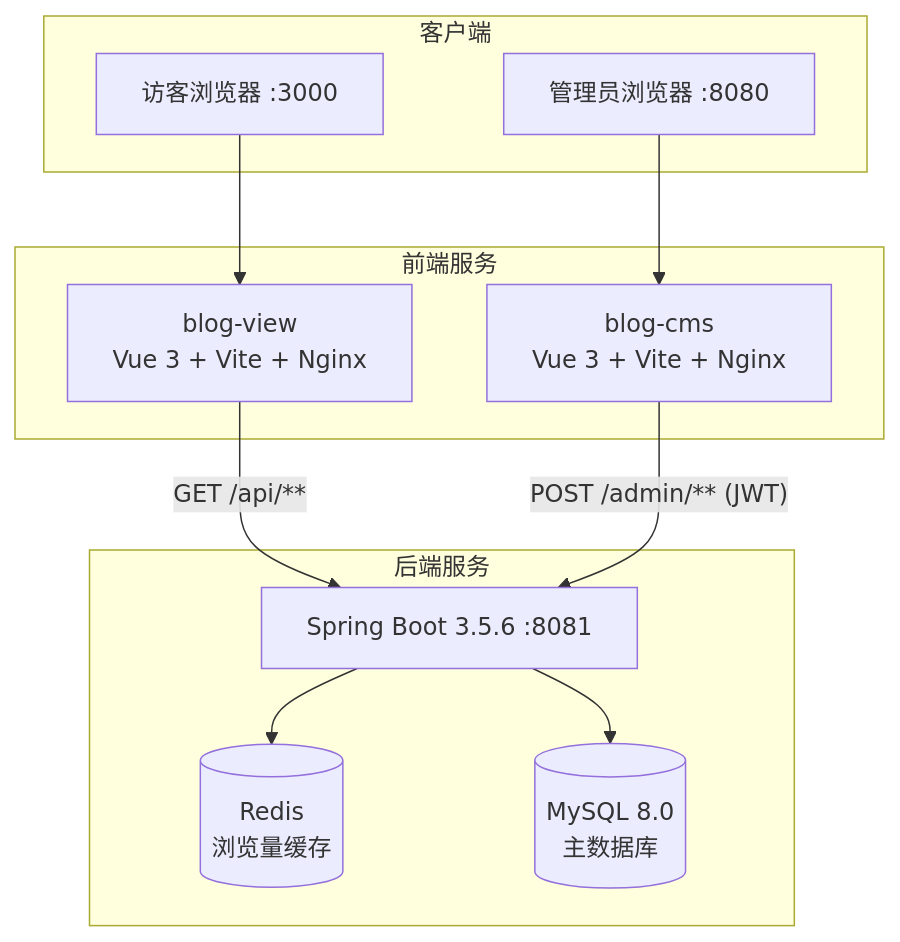
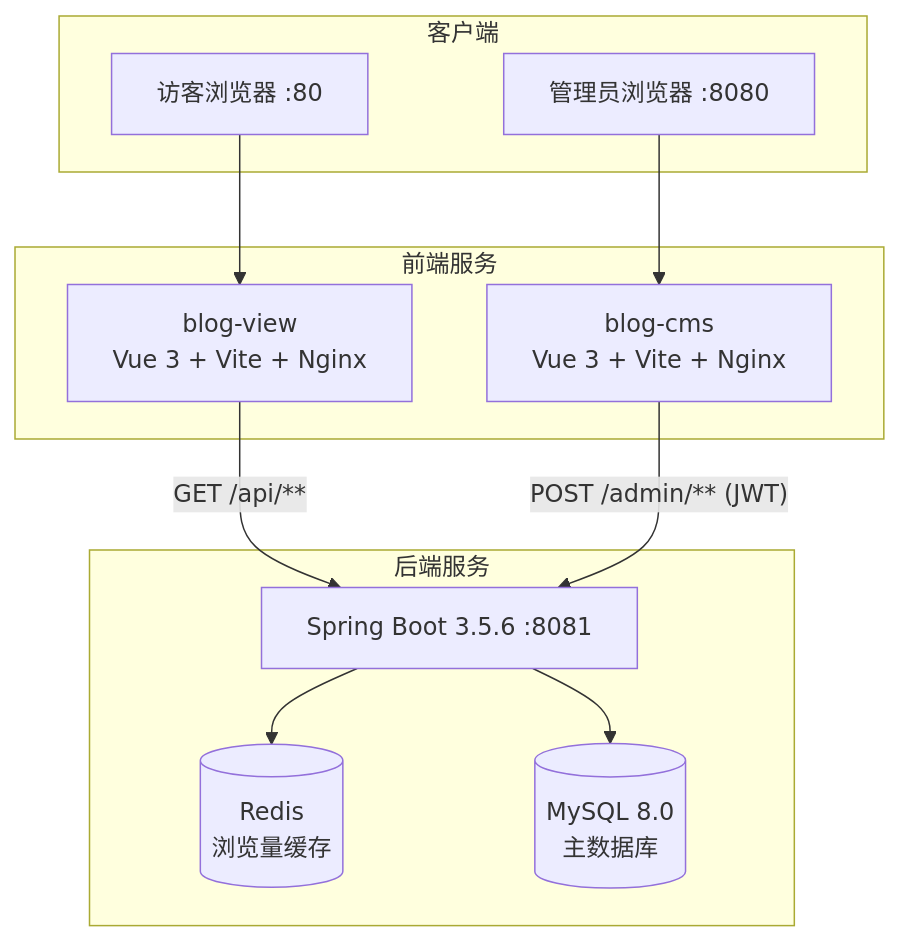
One commit to Eleven-Mouse/Eleven-blog changed the first of 4 diagrams in README.md. Above: the diagram before and after it, drawn with Mermaid. The commit also changed other lines of this file and 1 other file, not shown here.

````diff
--- a/README.md
+++ b/README.md
@@ -55,25 +73,25 @@
 ```mermaid
 graph TB
     subgraph Client["客户端"]
-        Visitor["访客浏览器 :3000"]
+        Visitor["访客浏览器 :80"]
         Admin["管理员浏览器 :8080"]
     end
 
     subgraph Frontend["前端服务"]
         BlogView["blog-view<br/>Vue 3 + Vite + Nginx"]
         BlogCMS["blog-cms<br/>Vue 3 + Vite + Nginx"]
     end
 
     subgraph Backend["后端服务"]
         API["Spring Boot 3.5.6 :8081"]
         Redis[("Redis<br/>浏览量缓存")]
         MySQL[("MySQL 8.0<br/>主数据库")]
     end
 
     Visitor --> BlogView
     Admin --> BlogCMS
     BlogView -->|"GET /api/**"| API
     BlogCMS -->|"POST /admin/** (JWT)"| API
     API --> Redis
     API --> MySQL
 ```
````
